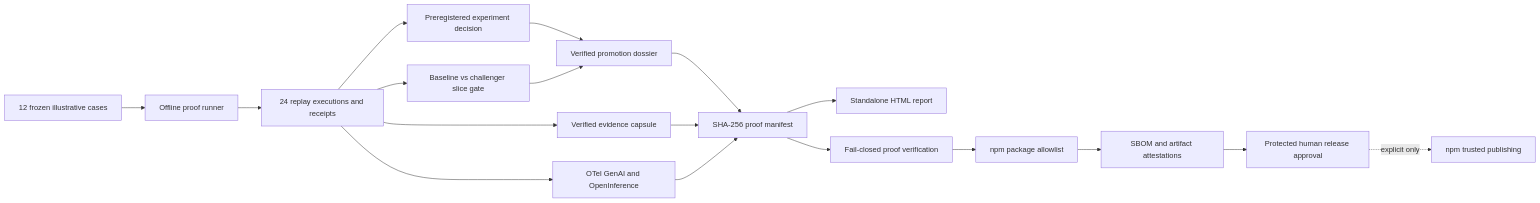
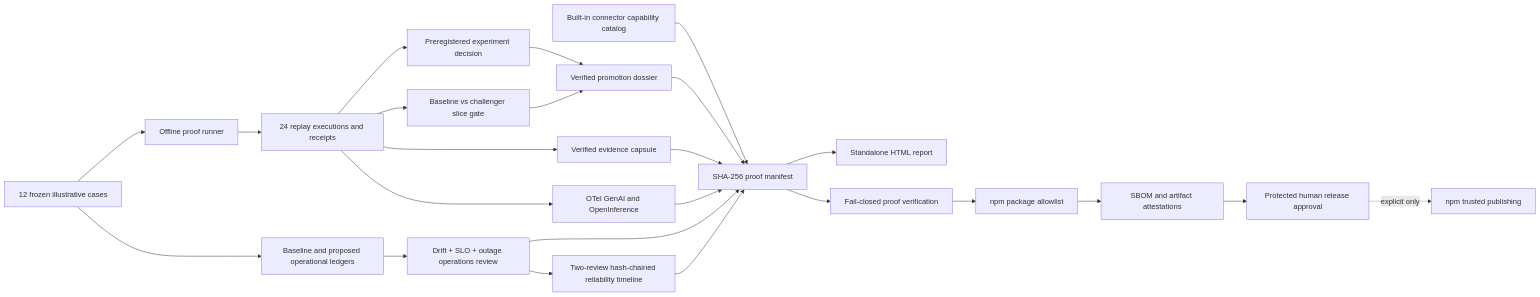
Before and after one commit to abhid1234/AgentRoute: the second of 2 diagrams in docs/architecture.md, drawn with Mermaid. The commit also changed other lines of this file and 5 other files, not shown here.

````diff
--- a/docs/architecture.md
+++ b/docs/architecture.md
@@ -163,20 +163,26 @@
 ```mermaid
 flowchart LR
   CASES[12 frozen illustrative cases] --> RUN[Offline proof runner]
   RUN --> RECEIPTS[24 replay executions and receipts]
+  CASES --> OPLEDGERS[Baseline and proposed operational ledgers]
   RECEIPTS --> DECISION[Preregistered experiment decision]
   RECEIPTS --> GATE[Baseline vs challenger slice gate]
   DECISION --> DOSSIER[Verified promotion dossier]
   GATE --> DOSSIER
   RECEIPTS --> CAPSULE[Verified evidence capsule]
   RECEIPTS --> EXPORTS[OTel GenAI and OpenInference]
+  OPLEDGERS --> OPS[Drift + SLO + outage operations review]
+  OPS --> HISTORY[Two-review hash-chained reliability timeline]
+  CATALOG[Built-in connector capability catalog] --> MANIFEST
   DOSSIER --> MANIFEST[SHA-256 proof manifest]
   CAPSULE --> MANIFEST
   EXPORTS --> MANIFEST
+  OPS --> MANIFEST
+  HISTORY --> MANIFEST
   MANIFEST --> REPORT[Standalone HTML report]
   MANIFEST --> VERIFY[Fail-closed proof verification]
   VERIFY --> PACK[npm package allowlist]
   PACK --> SUPPLY[SBOM and artifact attestations]
   SUPPLY --> APPROVAL[Protected human release approval]
   APPROVAL -. explicit only .-> NPM[npm trusted publishing]
 ```
````
